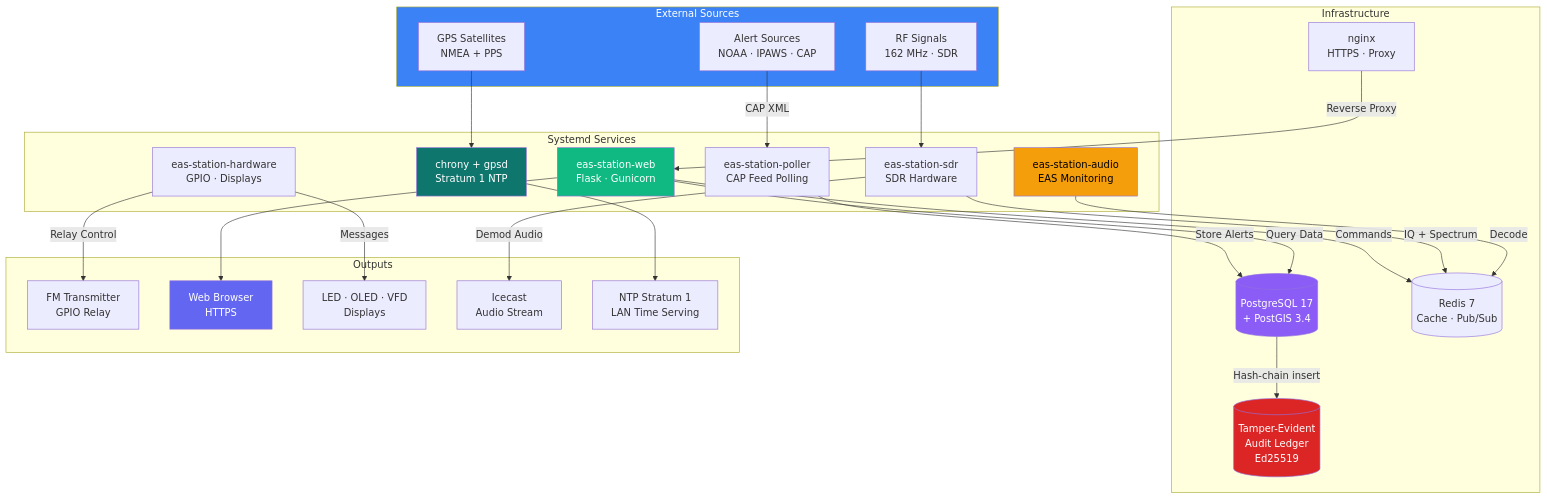
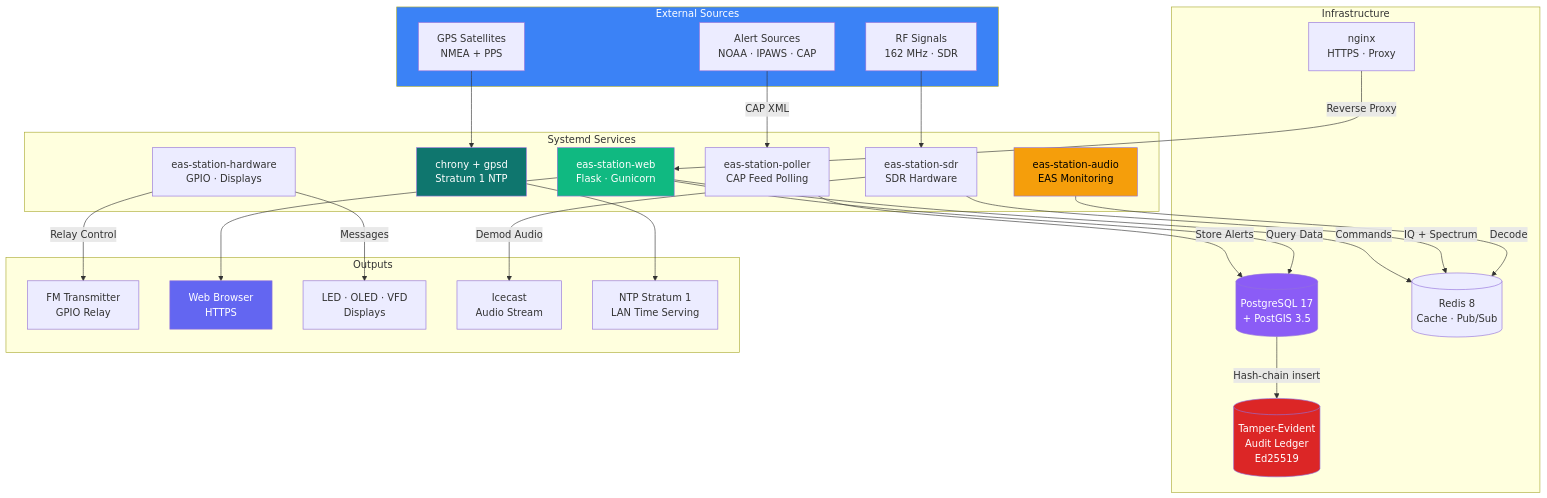
One commit to KR8MER/eas-station changed the diagram in README.md. Above: the diagram before and after it, drawn with Mermaid. The commit also changed other lines of this file and 6 other files, not shown here.

````diff
--- a/README.md
+++ b/README.md
@@ -206,58 +206,58 @@
 ```mermaid
 graph TB
     subgraph External["External Sources"]
         SRC[Alert Sources<br/>NOAA · IPAWS · CAP]
         RF[RF Signals<br/>162 MHz · SDR]
         GPS_IN[GPS Satellites<br/>NMEA + PPS]
     end
 
     subgraph Services["Systemd Services"]
         POLL[eas-station-poller<br/>CAP Feed Polling]
         WEB[eas-station-web<br/>Flask · Gunicorn]
         SDR_SVC[eas-station-sdr<br/>SDR Hardware]
         AUDIO_SVC[eas-station-audio<br/>EAS Monitoring]
         HW_SVC[eas-station-hardware<br/>GPIO · Displays]
         CHRONY[chrony + gpsd<br/>Stratum 1 NTP]
     end
 
     subgraph Infrastructure["Infrastructure"]
-        DB[(PostgreSQL 17<br/>+ PostGIS 3.4)]
-        REDIS[(Redis 7<br/>Cache · Pub/Sub)]
+        DB[(PostgreSQL 17<br/>+ PostGIS 3.5)]
+        REDIS[(Redis 8<br/>Cache · Pub/Sub)]
         NGINX[nginx<br/>HTTPS · Proxy]
         AUDIT[(Tamper-Evident<br/>Audit Ledger<br/>Ed25519)]
     end
 
     subgraph Output["Outputs"]
         TX[FM Transmitter<br/>GPIO Relay]
         UI[Web Browser<br/>HTTPS]
         LED[LED · OLED · VFD<br/>Displays]
         STREAM[Icecast<br/>Audio Stream]
         NTP[NTP Stratum 1<br/>LAN Time Serving]
     end
 
     SRC -->|CAP XML| POLL
     RF --> SDR_SVC
     GPS_IN --> CHRONY
 
     POLL -->|Store Alerts| DB
     WEB -->|Query Data| DB
     WEB -->|Commands| REDIS
     SDR_SVC -->|IQ + Spectrum| REDIS
     AUDIO_SVC -->|Decode| REDIS
     DB -->|Hash-chain insert| AUDIT
 
     NGINX -->|Reverse Proxy| WEB
     WEB --> UI
     HW_SVC -->|Relay Control| TX
     HW_SVC -->|Messages| LED
     SDR_SVC -->|Demod Audio| STREAM
     CHRONY --> NTP
 
     style External fill:#3b82f6,color:#fff
     style DB fill:#8b5cf6,color:#fff
     style AUDIT fill:#dc2626,color:#fff
     style WEB fill:#10b981,color:#fff
     style AUDIO_SVC fill:#f59e0b,color:#000
     style UI fill:#6366f1,color:#fff
     style CHRONY fill:#0f766e,color:#fff
 ```
````
